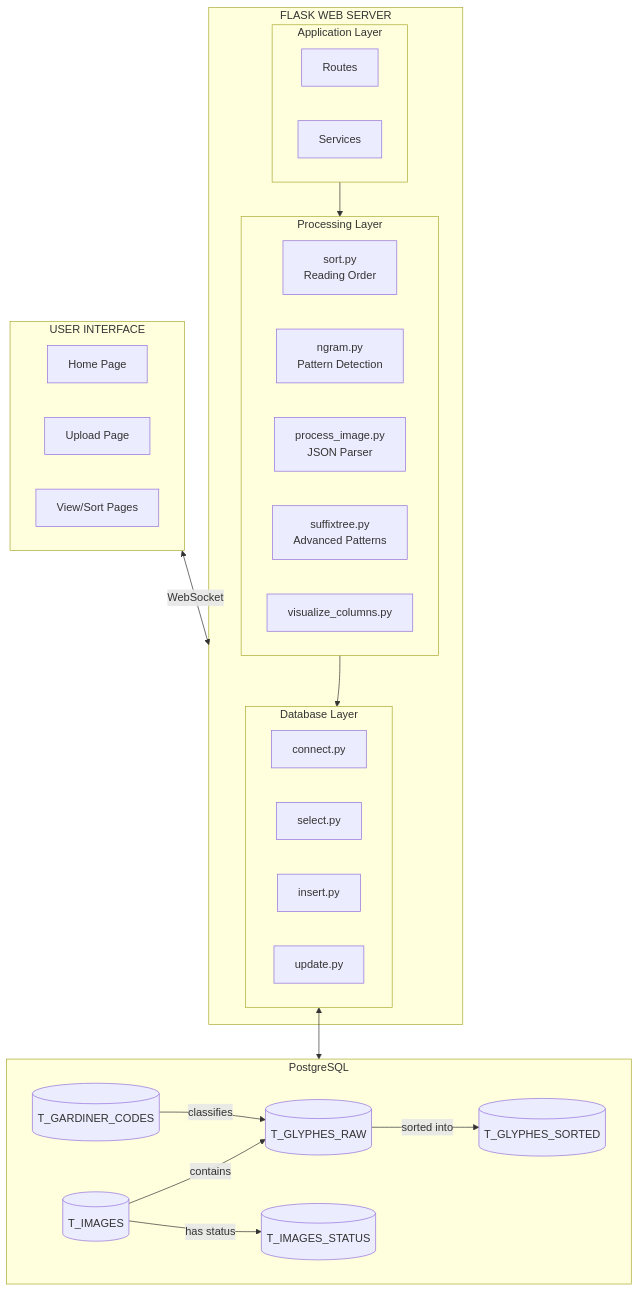
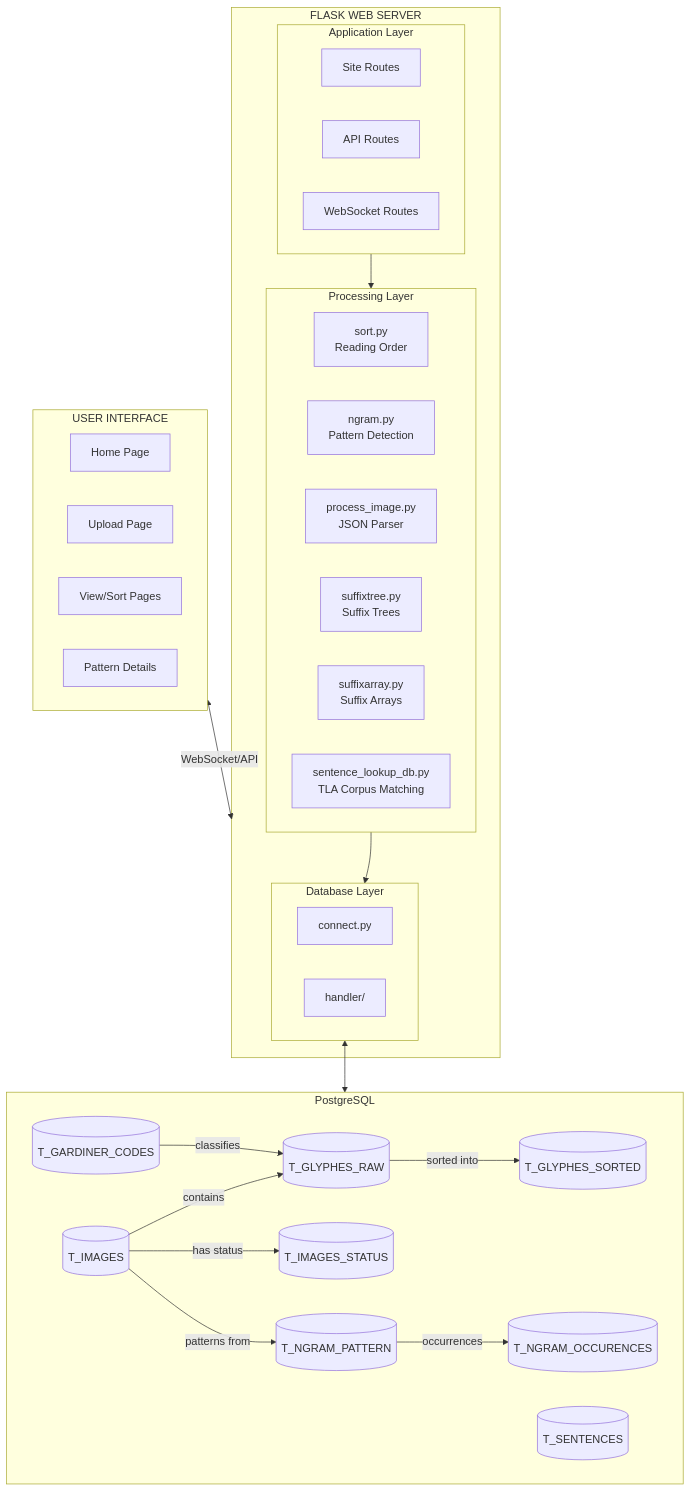
One commit to Philipp1305/hieroglyphic-pattern-analyzer changed the first of 3 diagrams in README.md. Above: the diagram before and after it, drawn with Mermaid. The commit also changed other lines of this file, not shown here.

````diff
--- a/README.md
+++ b/README.md
@@ -47,50 +48,56 @@
 ```mermaid
 graph TB
     subgraph Browser["USER INTERFACE"]
         HomePage[Home Page]
         UploadPage[Upload Page]
         ViewPage[View/Sort Pages]
+        PatternPage[Pattern Details]
     end
     
-    Browser <-->|WebSocket| FlaskServer
+    Browser <-->|WebSocket/API| FlaskServer
     
     subgraph FlaskServer["FLASK WEB SERVER"]
         subgraph AppLayer["Application Layer"]
-            Routes[Routes]
-            Services[Services]
+            SiteRoutes[Site Routes]
+            APIRoutes[API Routes]
+            WSRoutes[WebSocket Routes]
         end
         
         subgraph ProcessLayer["Processing Layer"]
             Sort[sort.py<br/>Reading Order]
             NGram[ngram.py<br/>Pattern Detection]
             ProcessImg[process_image.py<br/>JSON Parser]
-            Suffix[suffixtree.py<br/>Advanced Patterns]
-            Visualize[visualize_columns.py]
+            Suffix[suffixtree.py<br/>Suffix Trees]
+            SuffixArr[suffixarray.py<br/>Suffix Arrays]
+            Lookup[sentence_lookup_db.py<br/>TLA Corpus Matching]
         end
         
         subgraph DBLayer["Database Layer"]
             Connect[connect.py]
-            Select[select.py]
-            Insert[insert.py]
-            Update[update.py]
+            Handler[handler/]
         end
         
         AppLayer --> ProcessLayer
         ProcessLayer --> DBLayer
     end
     
     DBLayer <--> Database
     
     subgraph Database["PostgreSQL"]
         Images[(T_IMAGES)]
         GlyphesRaw[(T_GLYPHES_RAW)]
         GlyphesSorted[(T_GLYPHES_SORTED)]
         Gardiner[(T_GARDINER_CODES)]
         Status[(T_IMAGES_STATUS)]
+        NGramPattern[(T_NGRAM_PATTERN)]
+        NGramOcc[(T_NGRAM_OCCURENCES)]
+        Sentences[(T_SENTENCES)]
         
         Images -->|contains| GlyphesRaw
         Images -->|has status| Status
         Gardiner -->|classifies| GlyphesRaw
         GlyphesRaw -->|sorted into| GlyphesSorted
+        Images -->|patterns from| NGramPattern
+        NGramPattern -->|occurrences| NGramOcc
     end
 ```
````
